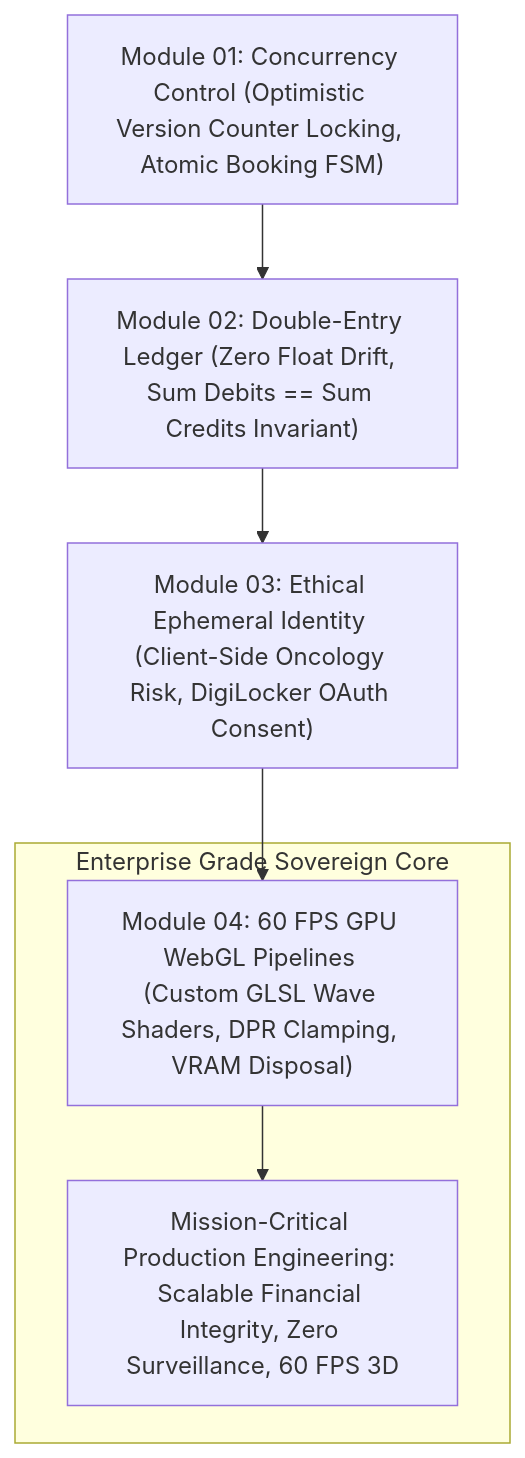
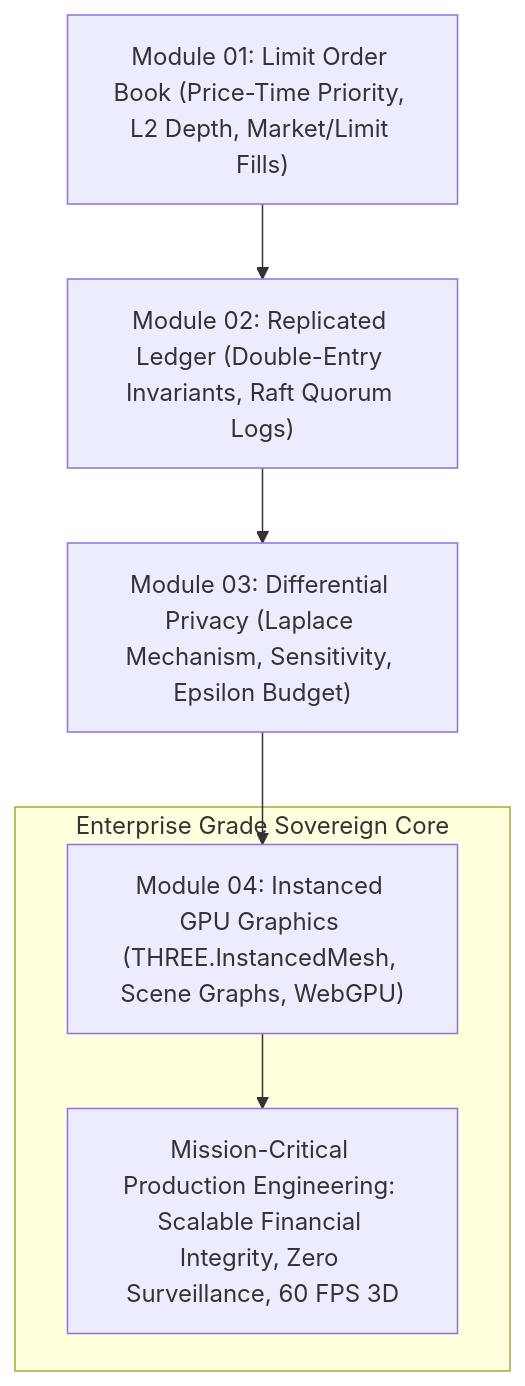
Before and after one commit to MasterZ1311/Dev-AURA: the diagram in docs/learning-paths/06-distributed-commerce-and-creative-engineering/README.md, drawn with Mermaid. The commit also changed other lines of this file and 48 other files, not shown here.

````diff
--- a/docs/learning-paths/06-distributed-commerce-and-creative-engineering/README.md
+++ b/docs/learning-paths/06-distributed-commerce-and-creative-engineering/README.md
@@ -19,10 +19,10 @@
 ```mermaid
 graph TD
-    M1["Module 01: Concurrency Control (Optimistic Version Counter Locking, Atomic Booking FSM)"] --> M2["Module 02: Double-Entry Ledger (Zero Float Drift, Sum Debits == Sum Credits Invariant)"]
-    M2 --> M3["Module 03: Ethical Ephemeral Identity (Client-Side Oncology Risk, DigiLocker OAuth Consent)"]
-    M3 --> M4["Module 04: 60 FPS GPU WebGL Pipelines (Custom GLSL Wave Shaders, DPR Clamping, VRAM Disposal)"]
+    M1["Module 01: Limit Order Book (Price-Time Priority, L2 Depth, Market/Limit Fills)"] --> M2["Module 02: Replicated Ledger (Double-Entry Invariants, Raft Quorum Logs)"]
+    M2 --> M3["Module 03: Differential Privacy (Laplace Mechanism, Sensitivity, Epsilon Budget)"]
+    M3 --> M4["Module 04: Instanced GPU Graphics (THREE.InstancedMesh, Scene Graphs, WebGPU)"]
     
     subgraph Enterprise Grade Sovereign Core
         M4 --> ProductionDeliverable["Mission-Critical Production Engineering: Scalable Financial Integrity, Zero Surveillance, 60 FPS 3D"]
     end
 ```
````
